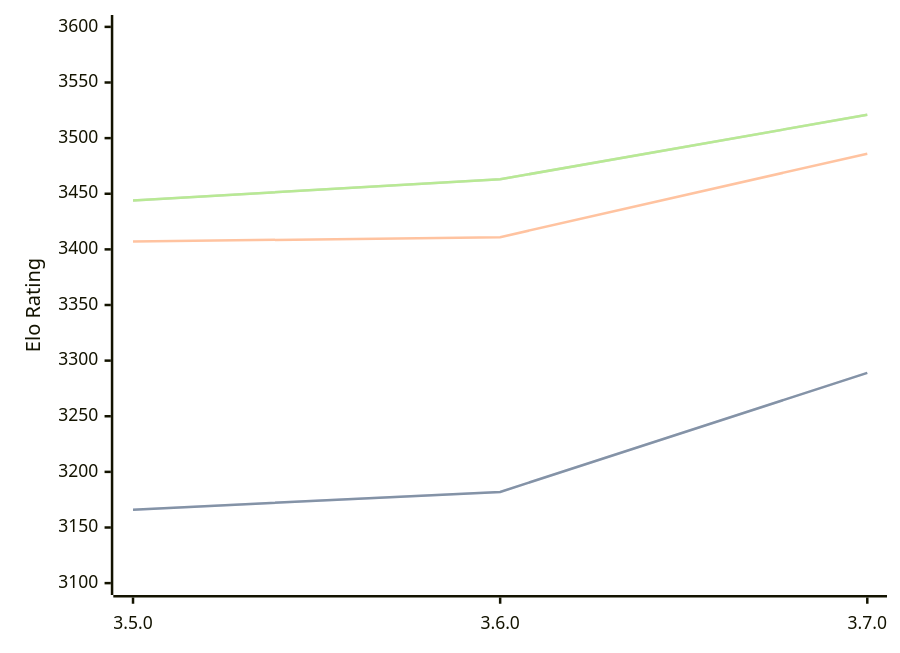
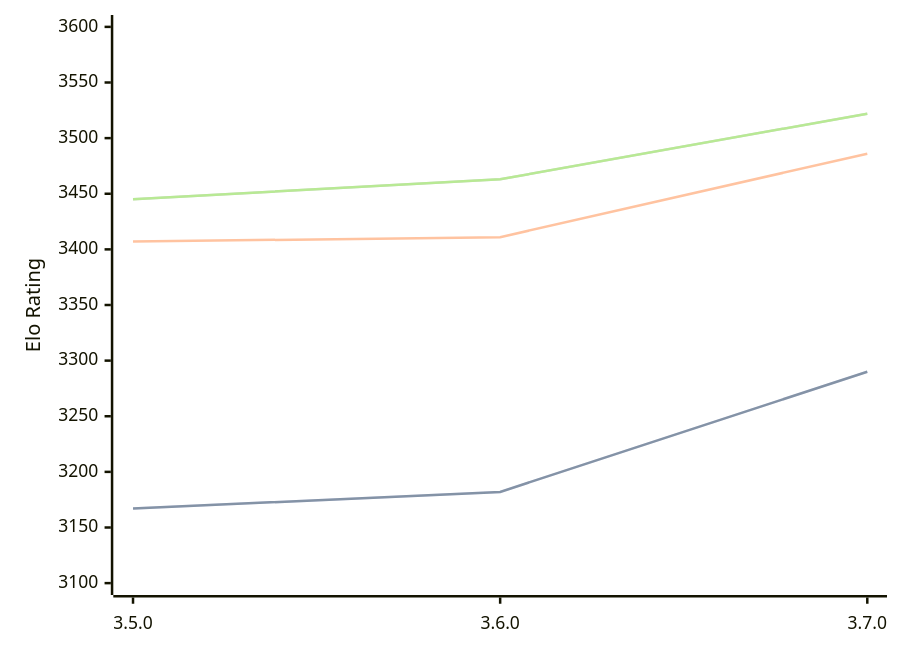
The diagram in engines/Igel.md (computer-chess-index/cci), drawn with Mermaid before and after one commit. The commit also changed other lines of this file, not shown here.

Commit message:
Update CCI Ratings (ELO VLTC) - 2026-09-09

````diff
--- a/engines/Igel.md
+++ b/engines/Igel.md
@@ -33,11 +33,11 @@
 ```mermaid
 %%{init: {"theme":"base","themeVariables":{"seriesColors:['#a3a3a3','#222221','#faa371']}}}%%
 xychart-beta
   x-axis ["3.5.0", "3.6.0", "3.7.0"]
   y-axis "Elo Rating" 3100 --> 3600
-  line "" [3166, 3182, 3289]
-  line "STC (8.0+0.08s)" [3166, 3182, 3289]
+  line "" [3167, 3182, 3290]
+  line "STC (8.0+0.08s)" [3167, 3182, 3290]
   line "LTC (60.0+0.60s)" [3407, 3411, 3486]
-  line "" [3444, 3463, 3521]
-  line "VLTC (2m24s+1.12s)" [3444, 3463, 3521]
+  line "" [3445, 3463, 3522]
+  line "VLTC (2m24s+1.12s)" [3445, 3463, 3522]
 ```
````
